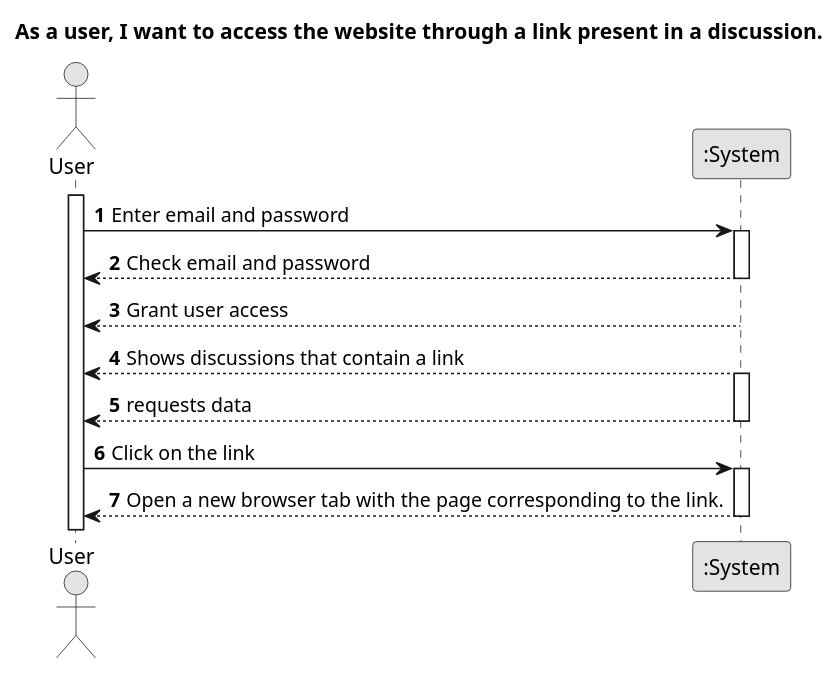
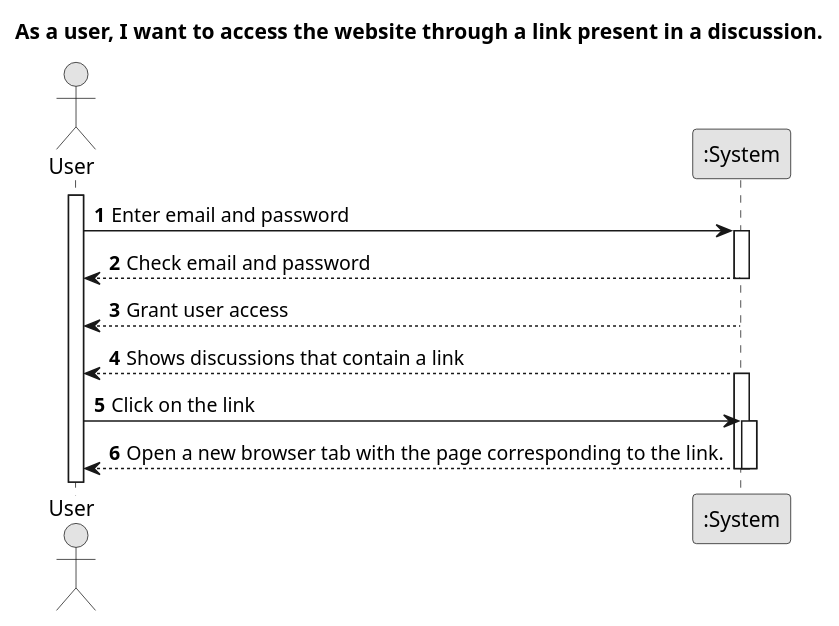
The diagram in docs/sprint01/us012/01.requirements-engineering/puml/us0012-system-sequence-diagram-alternative-two.puml (TiagoMagalhaes1232507/Testando-projeto), drawn with PlantUML before and after one commit. The commit also changed 5 other files, not shown here.

```diff
--- a/docs/sprint01/us012/01.requirements-engineering/puml/us0012-system-sequence-diagram-alternative-two.puml
+++ b/docs/sprint01/us012/01.requirements-engineering/puml/us0012-system-sequence-diagram-alternative-two.puml
@@ -1,36 +1,33 @@
 @startuml
 skinparam monochrome true
 skinparam packageStyle rectangle
 skinparam shadowing false
 
 title As a user, I want to access the website through a link present in a discussion.
 
 autonumber
 
 actor "User" as Employee
 participant ":System" as System
 
 activate Employee
 
     Employee -> System : Enter email and password
     activate System
 
         System --> Employee : Check email and password
         'System --> Employee : shows task categories list\n and requests data (reference,\ndescription,\ninformation description,\ntechnical description,\nduration, cost)
     deactivate System
 
         System --> Employee : Grant user access
     deactivate System
 
         System --> Employee : Shows discussions that contain a link
     activate System
 
-        System --> Employee : requests data
-    deactivate System
-
     Employee -> System : Click on the link
     activate System
 
         System --> Employee : Open a new browser tab with the page corresponding to the link.
     deactivate System
 @enduml
```
